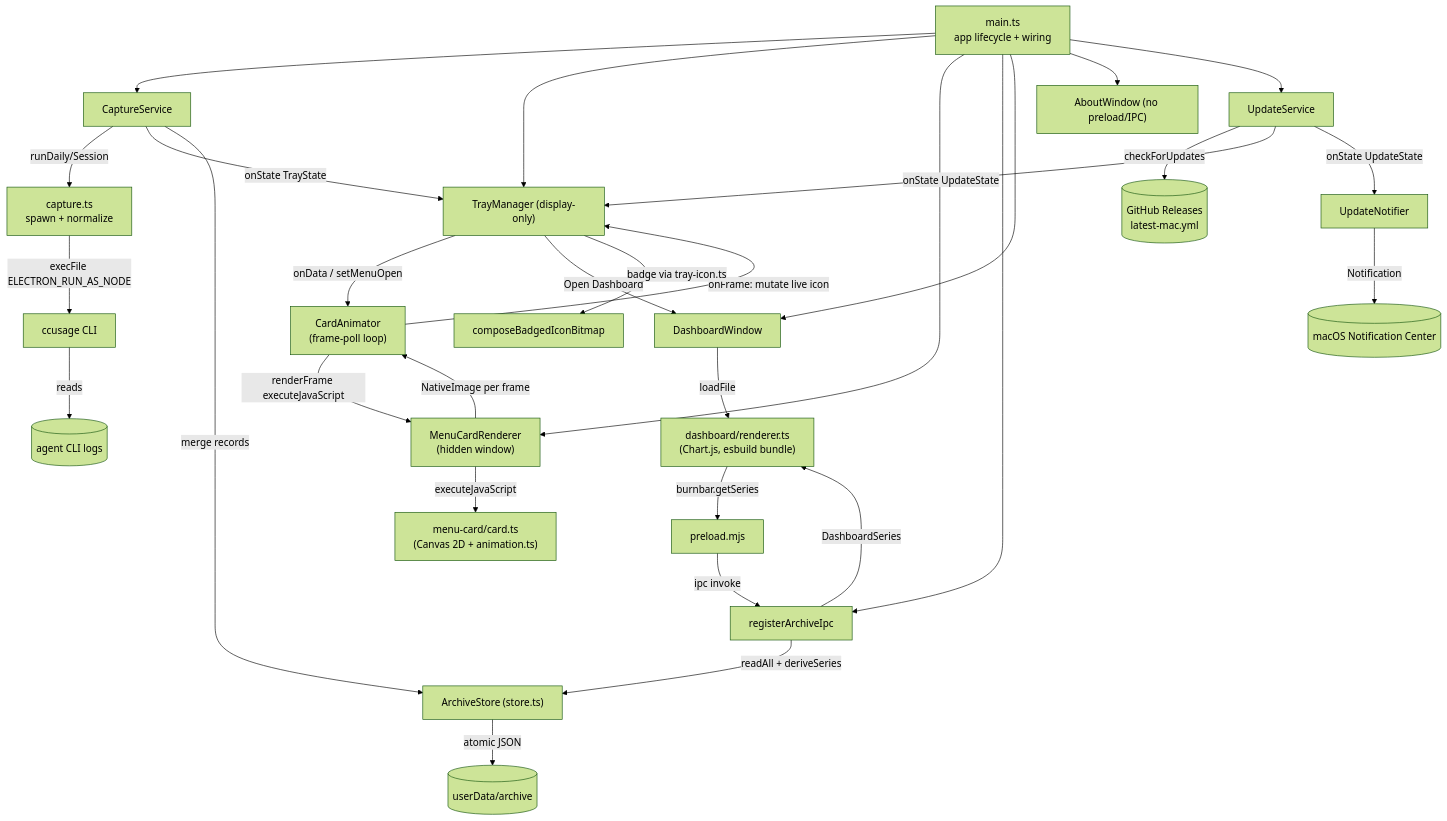
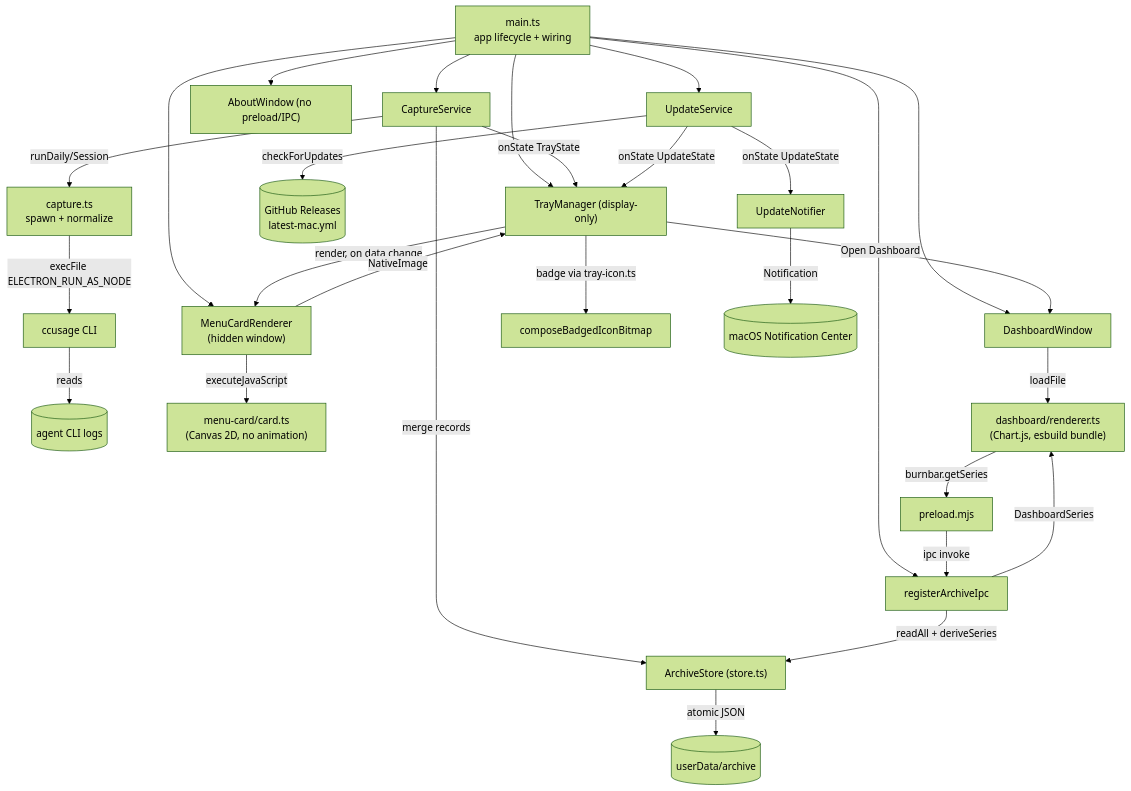
One commit to tangentlin/burnbar changed the first of 2 diagrams in docs/ARCHITECTURE.md. Above: the diagram before and after it, drawn with Mermaid (forest theme). The commit also changed other lines of this file and 22 other files, not shown here.

````diff
--- a/docs/ARCHITECTURE.md
+++ b/docs/ARCHITECTURE.md
@@ -25,32 +24,30 @@
 ```mermaid
 flowchart TD
     main["main.ts<br/>app lifecycle + wiring"] --> svc["CaptureService"]
     main --> tray["TrayManager (display-only)"]
     main --> card["MenuCardRenderer<br/>(hidden window)"]
     main --> ipc["registerArchiveIpc"]
     main --> win["DashboardWindow"]
     main --> about["AboutWindow (no preload/IPC)"]
     main --> upd["UpdateService"]
     svc -->|runDaily/Session| capture["capture.ts<br/>spawn + normalize"]
     capture -->|execFile ELECTRON_RUN_AS_NODE| ccusage["ccusage CLI"]
     ccusage -->|reads| logs[("agent CLI logs")]
     svc -->|onState TrayState| tray
     svc -->|merge records| store["ArchiveStore (store.ts)"]
     store -->|atomic JSON| archive[("userData/archive")]
-    tray -->|onData / setMenuOpen| anim["CardAnimator<br/>(frame-poll loop)"]
-    anim -->|renderFrame executeJavaScript| card
-    card -->|executeJavaScript| cardr["menu-card/card.ts<br/>(Canvas 2D + animation.ts)"]
-    card -->|NativeImage per frame| anim
-    anim -->|onFrame: mutate live icon| tray
+    tray -->|render, on data change| card
+    card -->|executeJavaScript| cardr["menu-card/card.ts<br/>(Canvas 2D, no animation)"]
+    card -->|NativeImage| tray
     tray -->|Open Dashboard| win
     win -->|loadFile| renderer["dashboard/renderer.ts<br/>(Chart.js, esbuild bundle)"]
     renderer -->|burnbar.getSeries| preload["preload.mjs"]
     preload -->|ipc invoke| ipc
     ipc -->|readAll + deriveSeries| store
     ipc -->|DashboardSeries| renderer
     upd -->|checkForUpdates| feed[("GitHub Releases<br/>latest-mac.yml")]
     upd -->|onState UpdateState| tray
     upd -->|onState UpdateState| notif["UpdateNotifier"]
     tray -->|badge via tray-icon.ts| trayicon["composeBadgedIconBitmap"]
     notif -->|Notification| os[("macOS Notification Center")]
 ```
````
